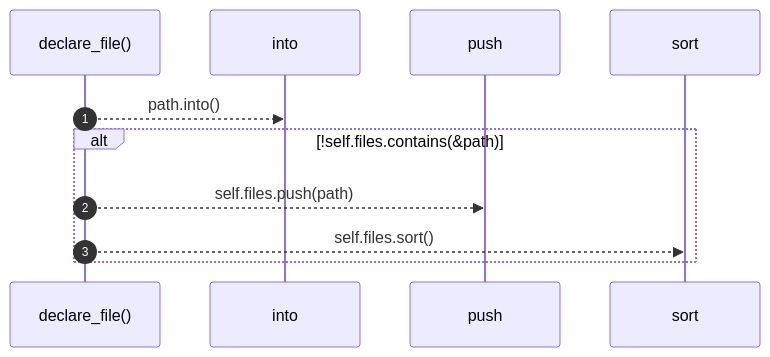
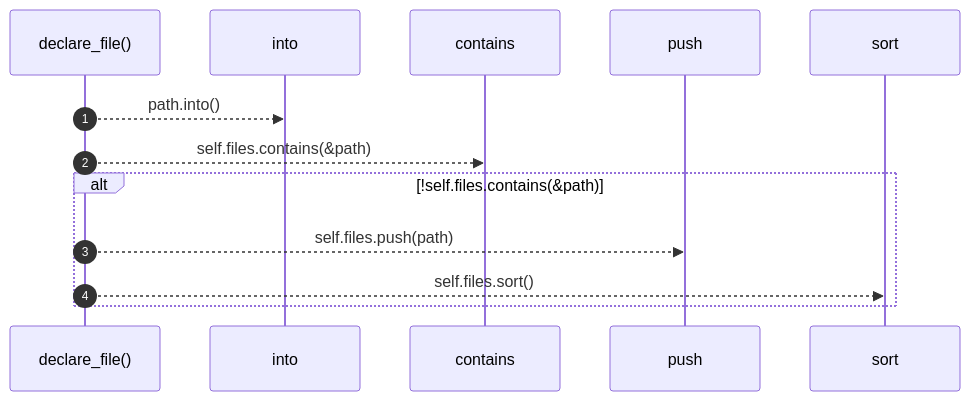
The third of 8 diagrams in docs/self-model/robby_ir/model/impl-document.md (RyanGuild/self-describing-code), drawn with Mermaid before and after one commit. The commit also changed other lines of this file and 1404 other files, not shown here.

````diff
--- a/docs/self-model/robby_ir/model/impl-document.md
+++ b/docs/self-model/robby_ir/model/impl-document.md
@@ -154,13 +346,15 @@
 ```mermaid
 sequenceDiagram
     autonumber
     participant declare_file as declare_file()
     participant into as into
+    participant contains as contains
     participant push as push
     participant sort as sort
     declare_file-->>into: path.into()
+    declare_file-->>contains: self.files.contains(&path)
     alt !self.files.contains(&path)
     declare_file-->>push: self.files.push(path)
     declare_file-->>sort: self.files.sort()
     end
 ```
````
